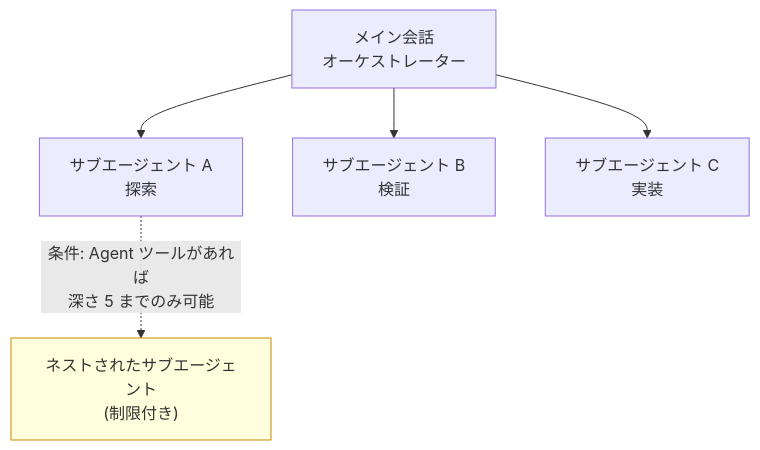
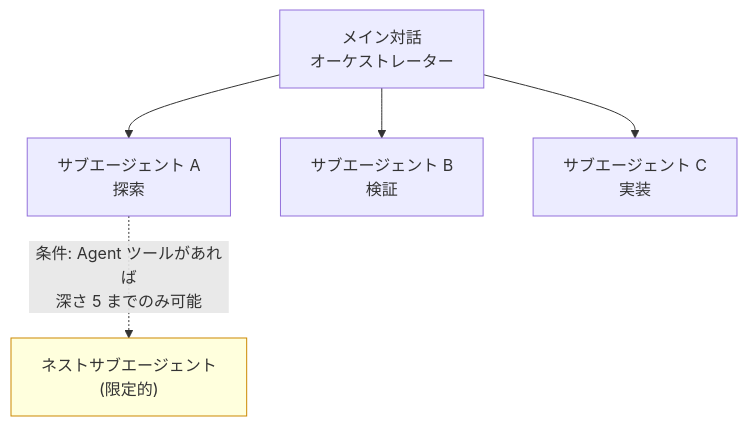
The diagram in docs-site/content/ja/claude-code/agentic/sub-agents.md (modu-ai/moai-adk), drawn with Mermaid before and after one commit. The commit also changed other lines of this file and 180 other files, not shown here.

````diff
--- a/docs-site/content/ja/claude-code/agentic/sub-agents.md
+++ b/docs-site/content/ja/claude-code/agentic/sub-agents.md
@@ -60,8 +60,8 @@
 ```mermaid
 flowchart TD
-    M[メイン会話<br/>オーケストレーター] --> A[サブエージェント A<br/>探索]
+    M[メイン対話<br/>オーケストレーター] --> A[サブエージェント A<br/>探索]
     M --> B[サブエージェント B<br/>検証]
     M --> C[サブエージェント C<br/>実装]
-    A -.->|条件: Agent ツールがあれば<br/>深さ 5 までのみ可能| X["ネストされたサブエージェント<br/>(制限付き)"]
+    A -.->|条件: Agent ツールがあれば<br/>深さ 5 までのみ可能| X["ネストサブエージェント<br/>(限定的)"]
     style X fill:#ffd,stroke:#c80
 ```
````
